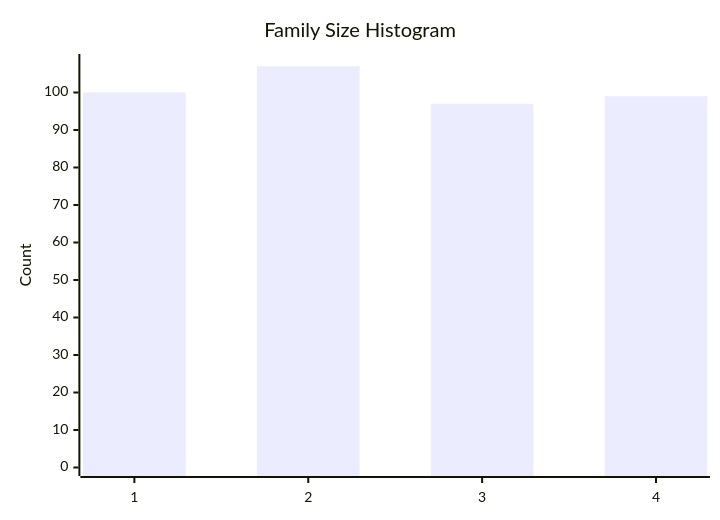
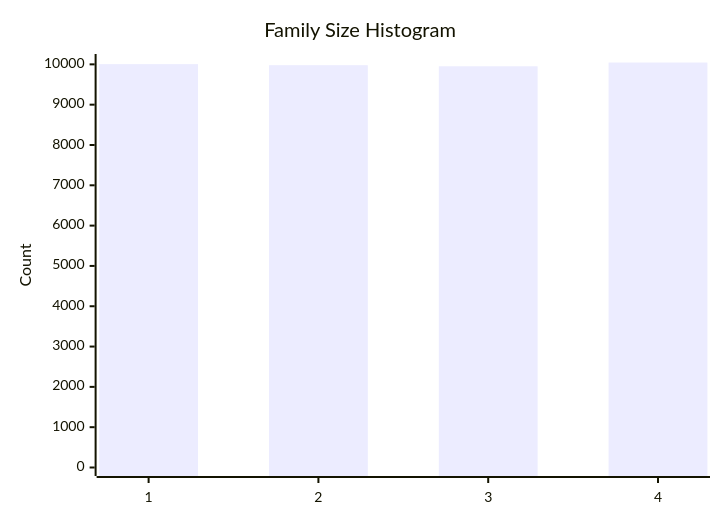
The fifth of 10 diagrams in test-tools/DataGen/src/Statistics_Visualizer.md (dhagan-va/intern-2025), drawn with Mermaid before and after one commit. The commit also changed other lines of this file, not shown here.

````diff
--- a/test-tools/DataGen/src/Statistics_Visualizer.md
+++ b/test-tools/DataGen/src/Statistics_Visualizer.md
@@ -59,7 +59,7 @@
 ```mermaid
 xychart-beta
     title "Family Size Histogram"
     x-axis ["1", "2", "3", "4"]
-    y-axis "Count" 0 --> 108
-    bar [100, 107, 97, 99]
+    y-axis "Count" 0 --> 10046
+    bar [10006, 9979, 9952, 10045]
 ```
````
